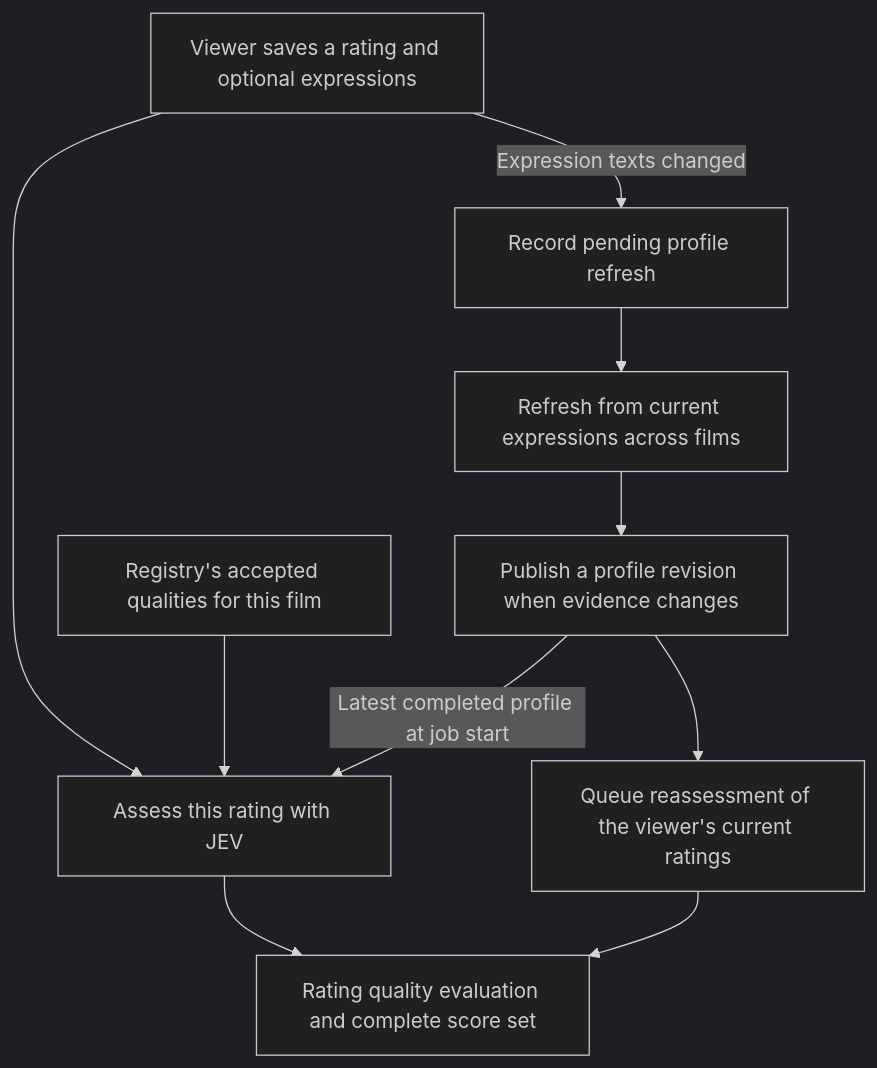
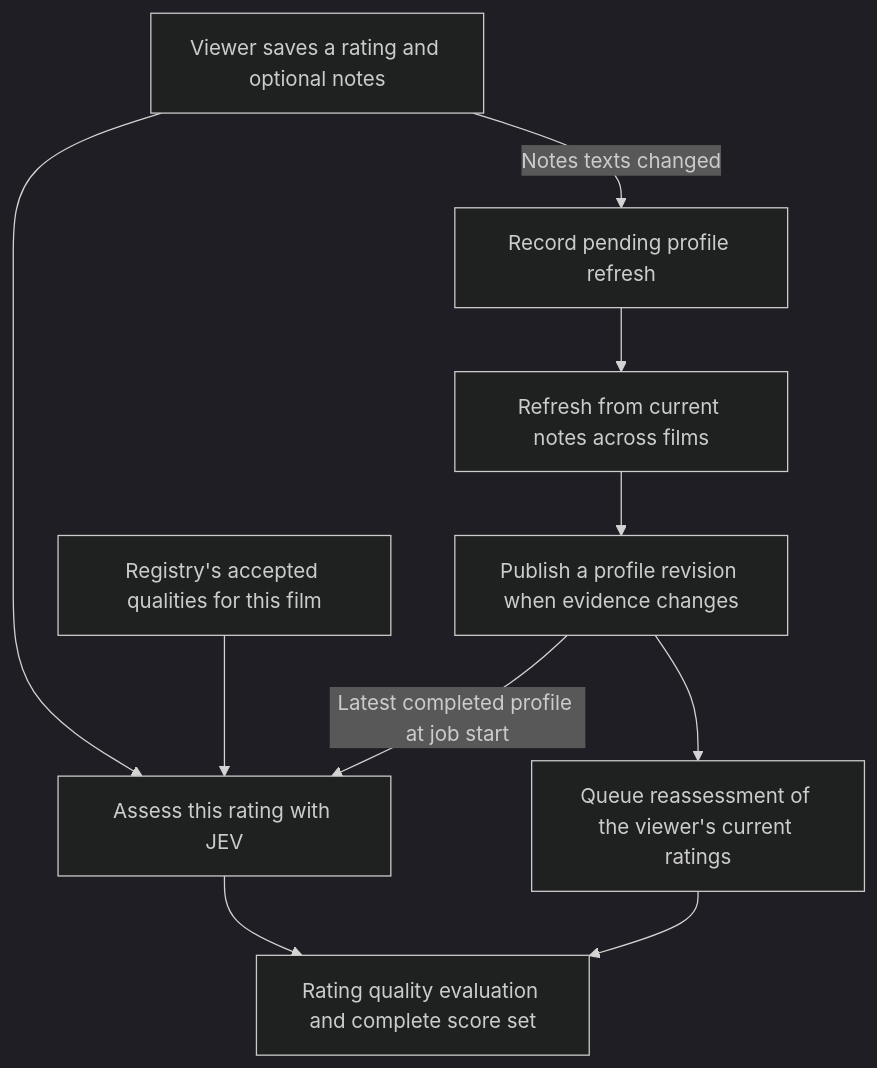
The first of 6 diagrams in docs/ratings_scoring_design.md (adambelton/glutton), drawn with Mermaid (dark theme) before and after one commit. The commit also changed other lines of this file and 100 other files, not shown here.

Commit message:
Capture film notes and build the Glutton Profile (#83)

````diff
--- a/docs/ratings_scoring_design.md
+++ b/docs/ratings_scoring_design.md
@@ -13,12 +13,12 @@
 ```mermaid
 flowchart TD
-    A["Viewer saves a rating and optional expressions"] --> B["Assess this rating with JEV"]
-    A -- Expression texts changed --> C["Record pending profile refresh"]
-    C --> D["Refresh from current expressions across films"]
+    A["Viewer saves a rating and optional notes"] --> B["Assess this rating with JEV"]
+    A -- Notes texts changed --> C["Record pending profile refresh"]
+    C --> D["Refresh from current notes across films"]
     D --> E["Publish a profile revision when evidence changes"]
     E -- Latest completed profile at job start --> B
     F["Registry's accepted qualities for this film"] --> B
     B --> G["Rating quality evaluation and complete score set"]
     E --> H["Queue reassessment of the viewer's current ratings"]
     H --> G
 ```
````
